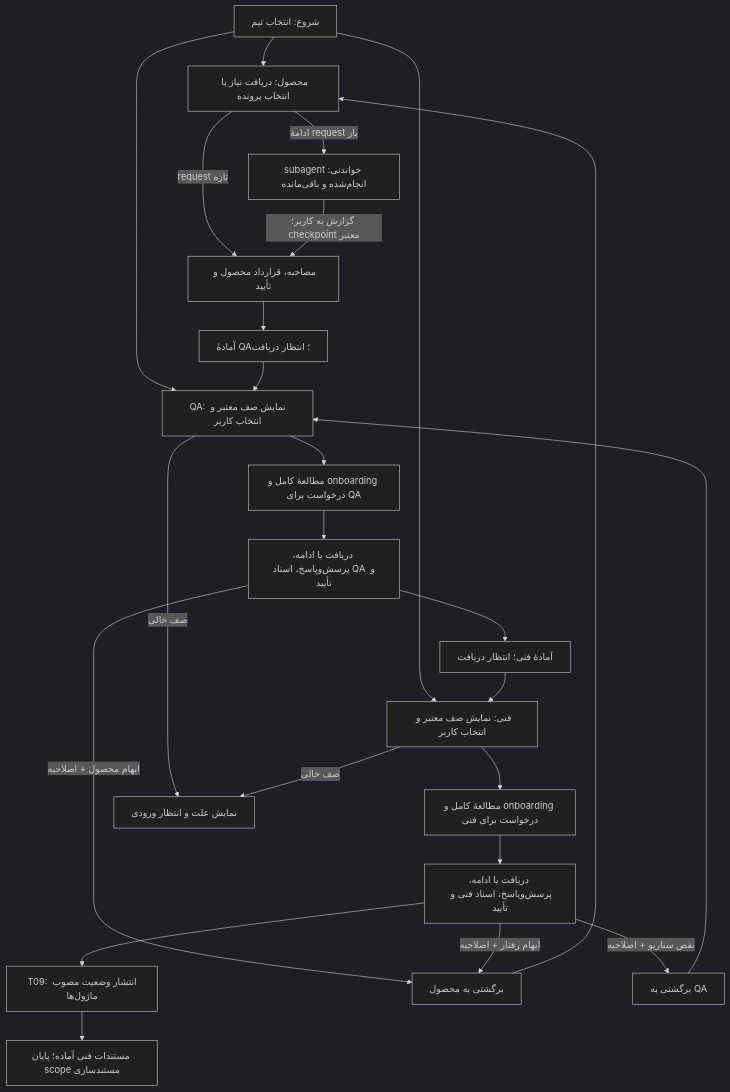
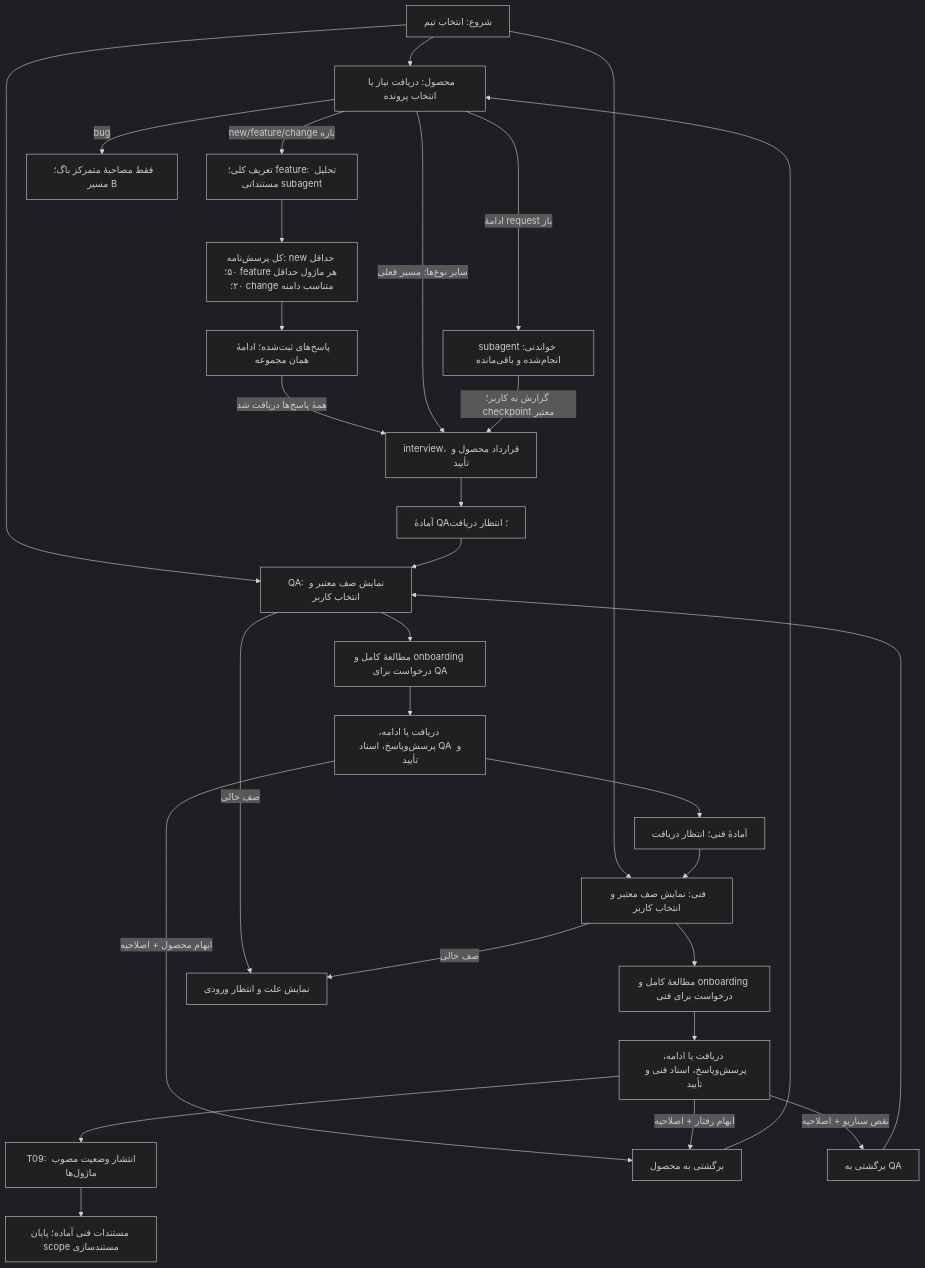
The diagram in workflows/00-team-entry.md (oveysrostami/product-workflow), drawn with Mermaid (dark theme) before and after one commit. The commit also changed other lines of this file and 40 other files, not shown here.

Commit message:
Add pre-interview product questionnaires

````diff
--- a/workflows/00-team-entry.md
+++ b/workflows/00-team-entry.md
@@ -53,26 +55,31 @@
 ```mermaid
 flowchart TD
     Start["شروع: انتخاب تیم"] --> Product["محصول: دریافت نیاز یا انتخاب پرونده"]
     Start --> QA["QA: نمایش صف معتبر و انتخاب کاربر"]
     Start --> Tech["فنی: نمایش صف معتبر و انتخاب کاربر"]
-    Product -->|"request تازه"| P["مصاحبه، قرارداد محصول و تأیید"]
+    Product -->|"new/feature/change تازه"| PI["تعریف کلی؛ feature: تحلیل مستنداتی subagent"]
+    PI --> PQN["کل پرسش‌نامه: new حداقل ۵۰؛ feature هر ماژول حداقل ۲۰؛ change متناسب دامنه"]
+    PQN --> PA["پاسخ‌های ثبت‌شده؛ ادامهٔ همان مجموعه"]
+    PA -->|"همهٔ پاسخ‌ها دریافت شد"| P["interview، قرارداد محصول و تأیید"]
+    Product -->|"bug"| PB["فقط مصاحبهٔ متمرکز باگ؛ مسیر B"]
+    Product -->|"سایر نوع‌ها: مسیر فعلی"| P
     Product -->|"ادامهٔ request باز"| PR["subagent خواندنی: انجام‌شده و باقی‌مانده"]
     PR -->|"گزارش به کاربر؛ checkpoint معتبر"| P
     P --> PQ["آمادهٔ QA؛ انتظار دریافت"]
     PQ --> QA
     QA --> QO["مطالعهٔ کامل و onboarding درخواست برای QA"]
     QO --> Q["دریافت یا ادامه، پرسش‌وپاسخ، اسناد QA و تأیید"]
     Q --> QT["آمادهٔ فنی؛ انتظار دریافت"]
     QT --> Tech
     Tech --> TO["مطالعهٔ کامل و onboarding درخواست برای فنی"]
     TO --> T["دریافت یا ادامه، پرسش‌وپاسخ، اسناد فنی و تأیید"]
     T --> M["T09: انتشار وضعیت مصوب ماژول‌ها"]
     M --> Done["مستندات فنی آماده؛ پایان scope مستندسازی"]
     Q -->|"ابهام محصول + اصلاحیه"| RP["برگشتی به محصول"]
     T -->|"ابهام رفتار + اصلاحیه"| RP
     T -->|"نقص سناریو + اصلاحیه"| RQ["برگشتی به QA"]
     RP --> Product
     RQ --> QA
     QA -->|"صف خالی"| Wait["نمایش علت و انتظار ورودی"]
     Tech -->|"صف خالی"| Wait
 ```
````
